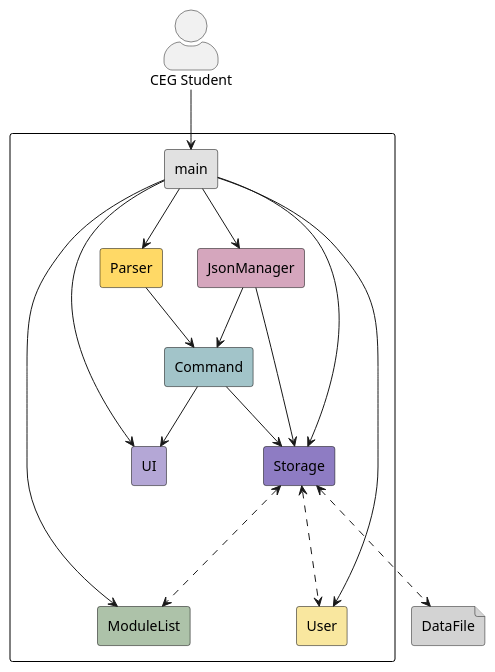
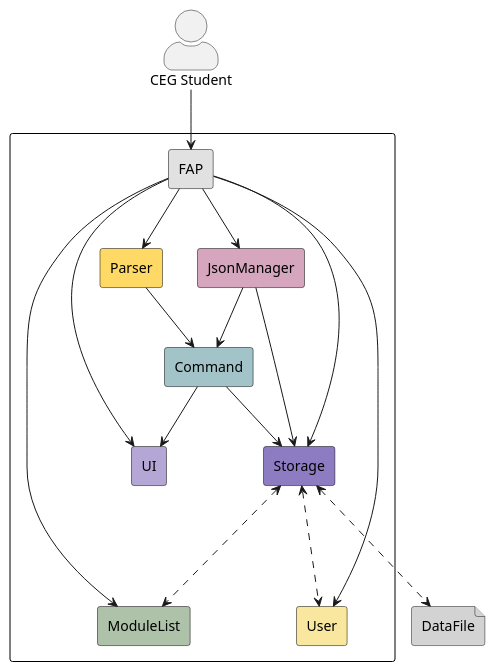
One commit to fungg0/tp changed the diagram in docs/diagrams/Architecture.puml. Above: the diagram before and after it, drawn with PlantUML. The commit also changed 3 other files, not shown here.

```diff
--- a/docs/diagrams/Architecture.puml
+++ b/docs/diagrams/Architecture.puml
@@ -1,44 +1,44 @@
 @startuml
 top to bottom direction
 
 skinparam packageStyle rectangle
 skinparam actorStyle awesome
 
 skinparam rectangle {
   borderColor black
 }
 
 rectangle {
-  rectangle main #E1E1E1
+  rectangle FAP as main #E1E1E1
   rectangle ModuleList #ADC2A9
   rectangle UI #B4A7D6
   rectangle Parser #FFD966
   rectangle Command #A2C4C9
   rectangle JsonManager #D5A6BD
   rectangle Storage #8E7CC3
   rectangle User #F9E79F
 }
 
 file DataFile #LightGrey
 
 actor "CEG Student"
 
 "CEG Student" --> main
 main --> User
 main --> ModuleList
 main --> UI
 main --> Parser
 main --> Storage
 main --> JsonManager
 
 JsonManager --> Command
 JsonManager --> Storage
 
 Parser --> Command
 Command --> UI
 Command --> Storage
 Storage <--.> User
 Storage <.--> DataFile
 Storage <--.> ModuleList
 
 @enduml
```
